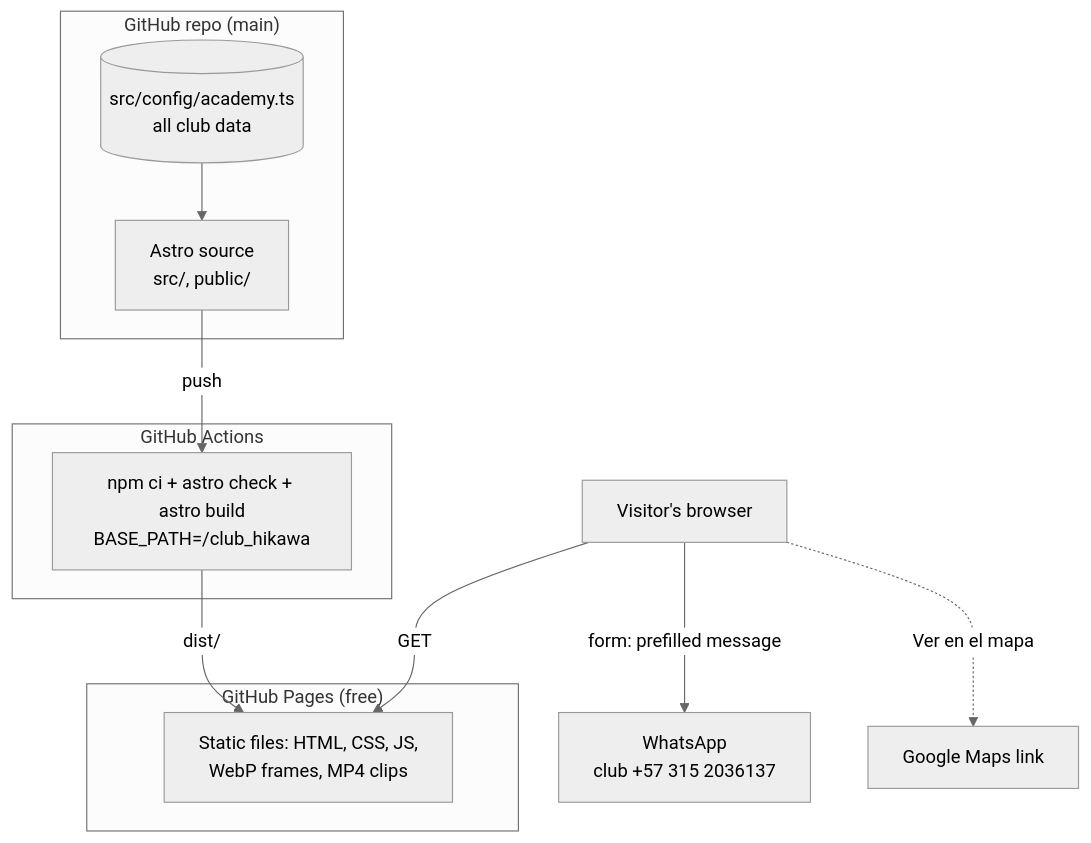
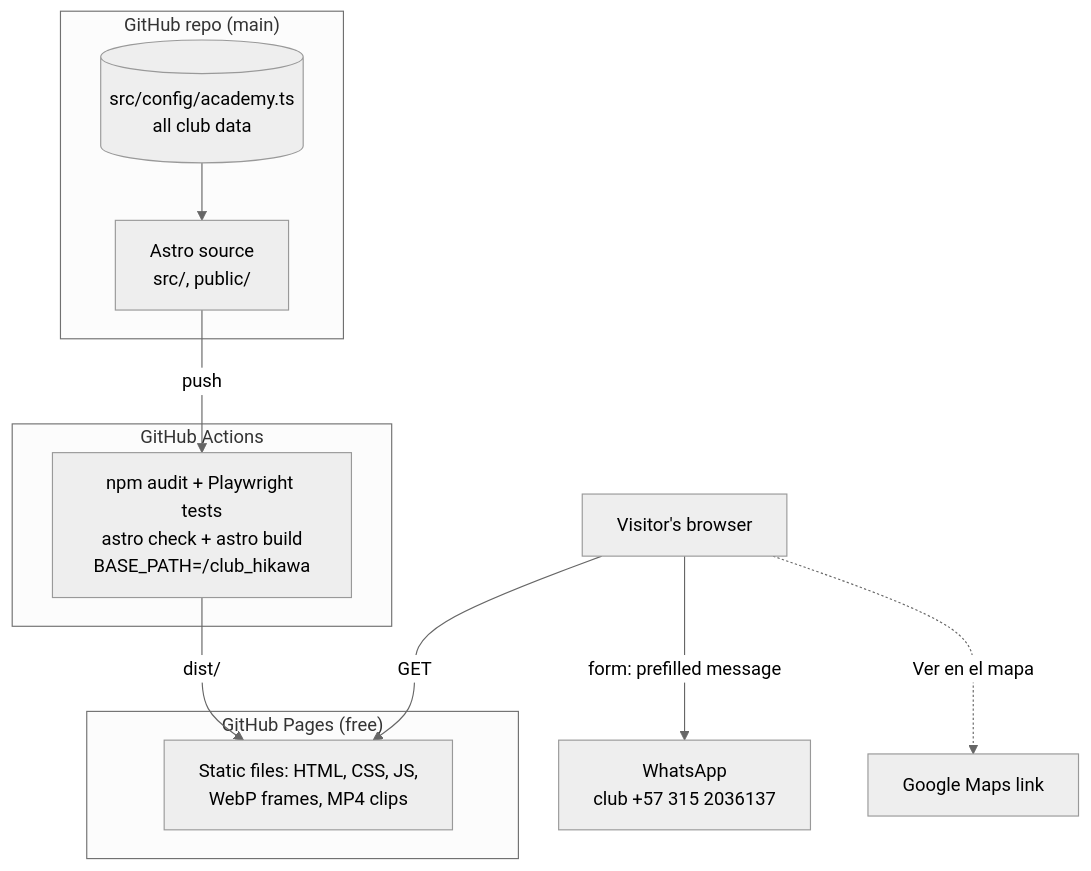
One commit to DonatoNicolasAyalaOsorio73/club_hikawa changed the first of 3 diagrams in README.md. Above: the diagram before and after it, drawn with Mermaid (neutral theme). The commit also changed other lines of this file and 14 other files, not shown here.

````diff
--- a/README.md
+++ b/README.md
@@ -35,23 +35,23 @@
 ```mermaid
 flowchart TB
   subgraph Repo["GitHub repo (main)"]
     src[Astro source<br/>src/, public/]
     data[(src/config/academy.ts<br/>all club data)]
   end
   subgraph Actions["GitHub Actions"]
-    build[npm ci + astro check + astro build<br/>BASE_PATH=/club_hikawa]
+    build[npm audit + Playwright tests<br/>astro check + astro build<br/>BASE_PATH=/club_hikawa]
   end
   subgraph Pages["GitHub Pages (free)"]
     site[Static files: HTML, CSS, JS,<br/>WebP frames, MP4 clips]
   end
   visitor[Visitor's browser]
   wa[WhatsApp<br/>club +57 315 2036137]
   maps[Google Maps link]
 
   data --> src
   src -- push --> build
   build -- dist/ --> site
   visitor -- GET --> site
   visitor -- "form: prefilled message" --> wa
   visitor -. "Ver en el mapa" .-> maps
 ```
````
